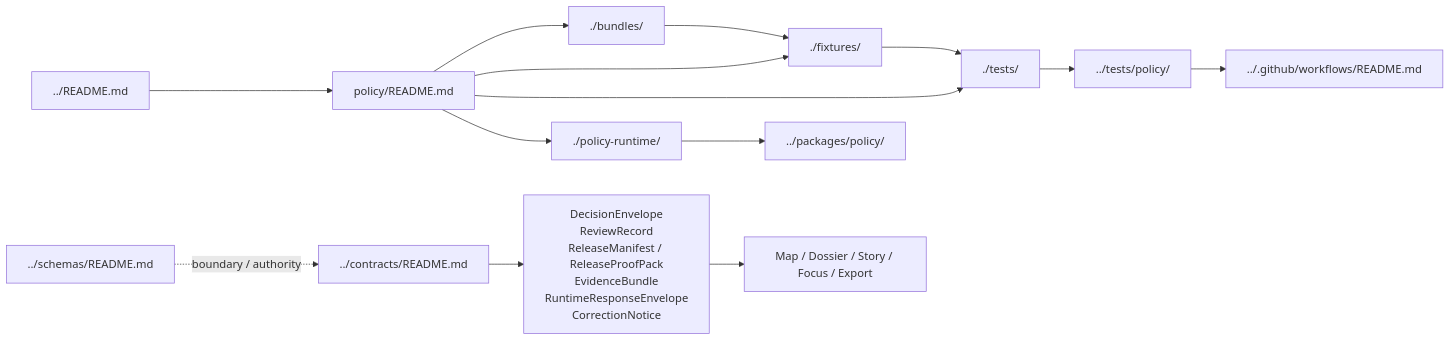
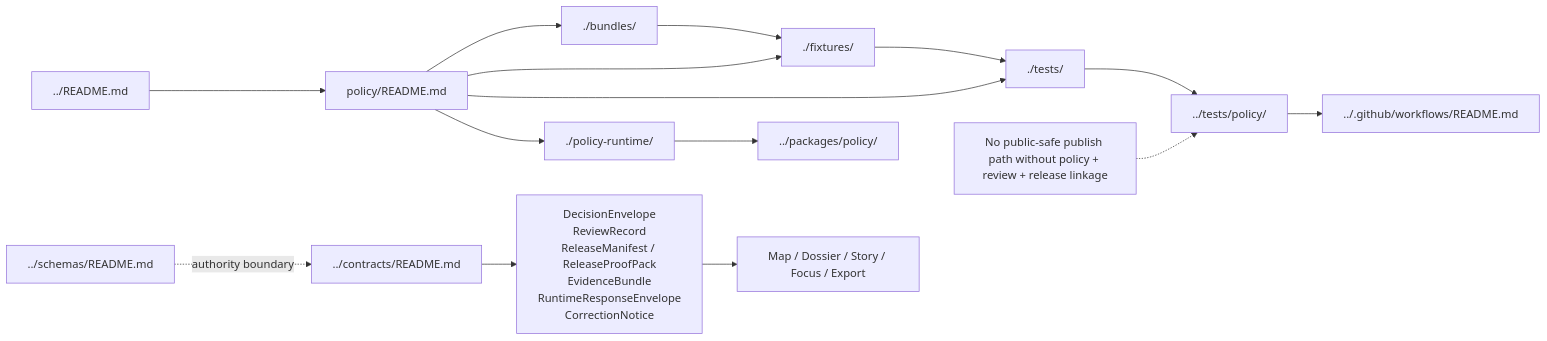
One commit to bartytime4life/Kansas-Frontier-Matrix changed the diagram in policy/README.md. Above: the diagram before and after it, drawn with Mermaid. The commit also changed other lines of this file, not shown here.

````diff
--- a/policy/README.md
+++ b/policy/README.md
@@ -320,18 +325,20 @@
 ```mermaid
 flowchart LR
   Root["../README.md"] --> Policy["policy/README.md"]
   Policy --> Bundles["./bundles/"]
   Policy --> Fixtures["./fixtures/"]
   Policy --> PolicyTests["./tests/"]
   Policy --> PolicyRuntime["./policy-runtime/"]
 
   Contracts["../contracts/README.md"] --> TrustObjects["DecisionEnvelope<br/>ReviewRecord<br/>ReleaseManifest / ReleaseProofPack<br/>EvidenceBundle<br/>RuntimeResponseEnvelope<br/>CorrectionNotice"]
-  Schemas["../schemas/README.md"] -. boundary / authority .-> Contracts
+  Schemas["../schemas/README.md"] -. authority boundary .-> Contracts
 
   Bundles --> Fixtures
   Fixtures --> PolicyTests
   PolicyRuntime --> PackageSupport["../packages/policy/"]
   PolicyTests --> RepoProof["../tests/policy/"]
   RepoProof --> Workflows["../.github/workflows/README.md"]
   TrustObjects --> Surfaces["Map / Dossier / Story / Focus / Export"]
+
+  note1["No public-safe publish path without policy + review + release linkage"] -.-> RepoProof
 ```
````
